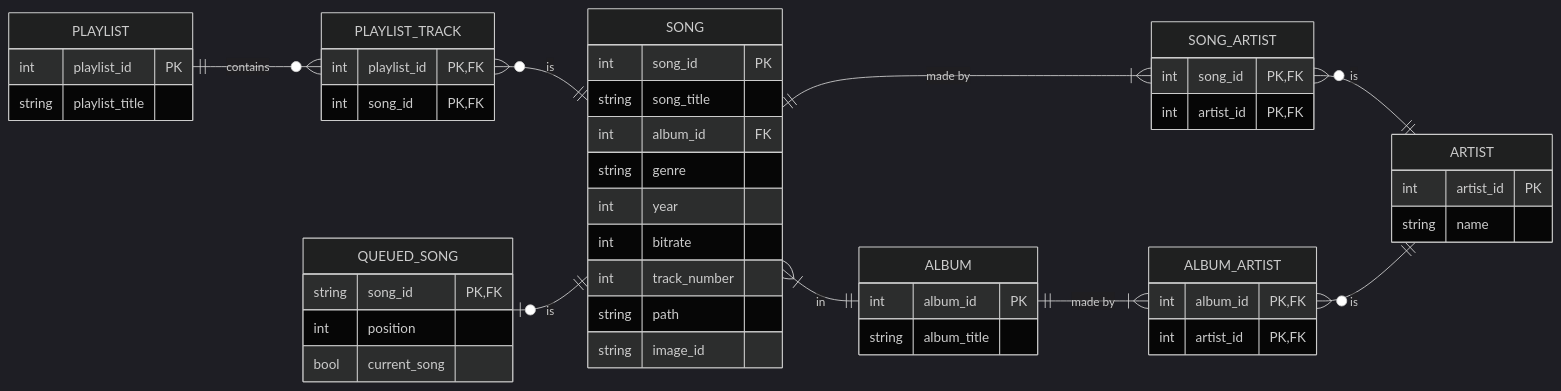
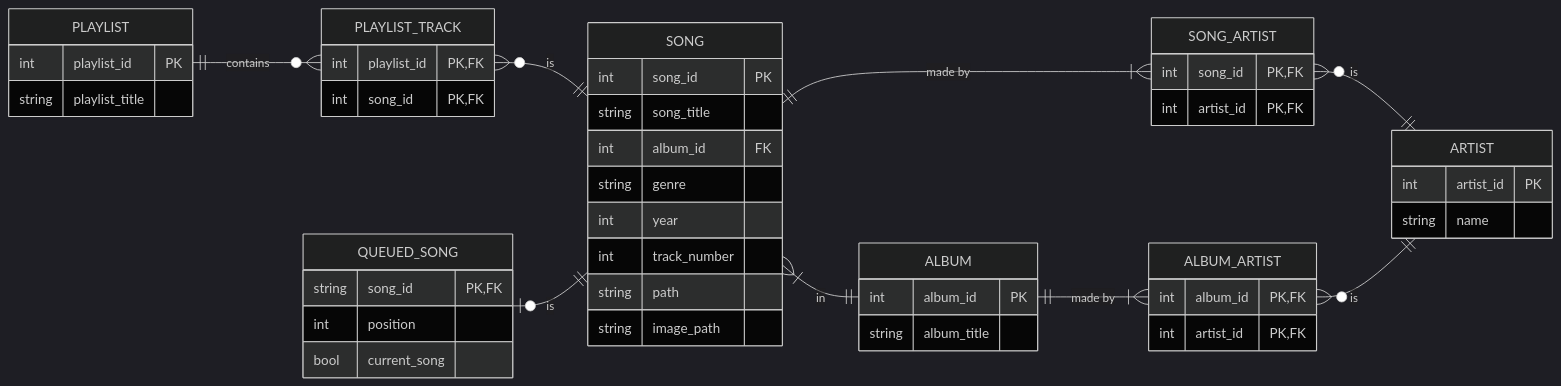
Before and after one commit to jossue845/On-premise-Music-Player: the diagram in resources/mermaid/er-diagram.md, drawn with Mermaid (dark theme). The commit also changed other lines of this file and 21 other files, not shown here.

````diff
--- a/resources/mermaid/er-diagram.md
+++ b/resources/mermaid/er-diagram.md
@@ -1,53 +1,52 @@
 ```mermaid
 erDiagram
     direction LR
     SONG{
         int song_id PK
         string song_title
         int album_id FK
         string genre
         int year
-        int bitrate
         int track_number
         string path
-        string image_id
+        string image_path
     }
     PLAYLIST{
         int playlist_id PK
         string playlist_title
     }
     PLAYLIST_TRACK{
         int playlist_id PK, FK
         int song_id PK, FK
     }
 
     QUEUED_SONG{
         string song_id PK, FK
         int position
         bool current_song
     }
     SONG_ARTIST{
         int song_id PK, FK
         int artist_id PK, FK
     }
     ALBUM{
         int album_id PK
         string album_title
     }
     ARTIST{
         int artist_id PK
         string name
     }
     ALBUM_ARTIST{
         int album_id PK, FK
         int artist_id PK, FK
     }
     PLAYLIST_TRACK }o--|| SONG : "is"
     PLAYLIST ||--o{ PLAYLIST_TRACK : "contains"
     QUEUED_SONG o|--|| SONG : "is"
     SONG |{--|| ALBUM : "in"
     SONG ||--|{ SONG_ARTIST : "made by"
     ALBUM ||--|{ ALBUM_ARTIST : "made by"
     SONG_ARTIST o{--|| ARTIST: "is"
     ALBUM_ARTIST o{--|| ARTIST: "is"
 ```
````
